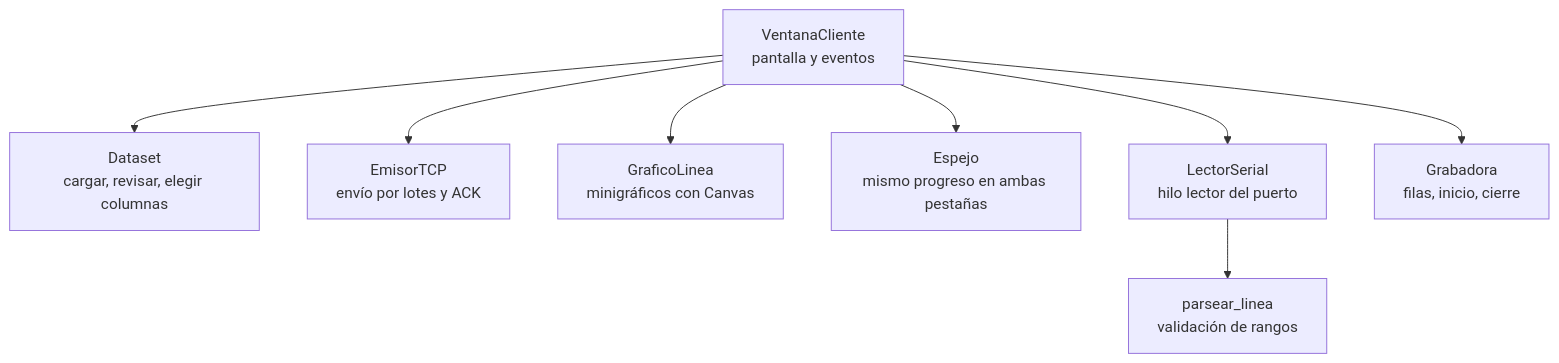
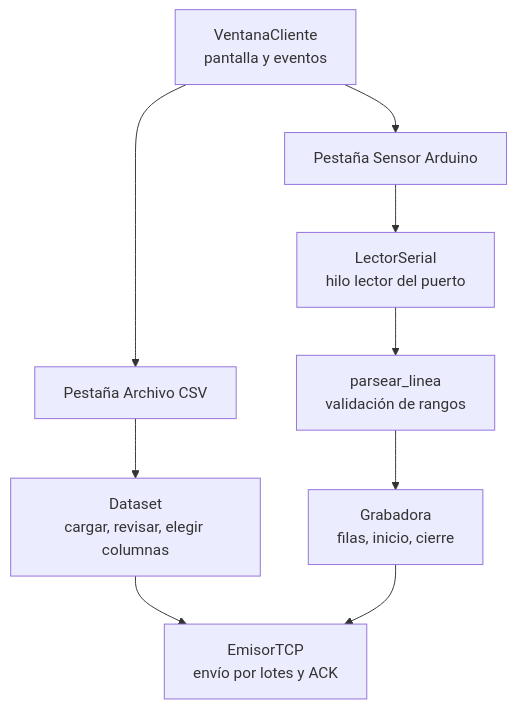
The fourth of 5 diagrams in MAESTRO.md (cescalantea/bigdata_evaluacion2), drawn with Mermaid before and after one commit. The commit also changed other lines of this file and 5 other files, not shown here.

First line of the commit message:
Actualiza la documentación de instalación y hace verticales los diagramas del MAESTRO

````diff
--- a/MAESTRO.md
+++ b/MAESTRO.md
@@ -170,10 +179,11 @@
 ```mermaid
 flowchart TD
-    V["VentanaCliente<br/>pantalla y eventos"] --> D["Dataset<br/>cargar, revisar, elegir columnas"]
-    V --> E["EmisorTCP<br/>envío por lotes y ACK"]
-    V --> G["GraficoLinea<br/>minigráficos con Canvas"]
-    V --> X["Espejo<br/>mismo progreso en ambas pestañas"]
-    V --> L["LectorSerial<br/>hilo lector del puerto"]
-    V --> R["Grabadora<br/>filas, inicio, cierre"]
+    V["VentanaCliente<br/>pantalla y eventos"] --> A["Pestaña Archivo CSV"]
+    V --> B["Pestaña Sensor Arduino"]
+    A --> D["Dataset<br/>cargar, revisar, elegir columnas"]
+    B --> L["LectorSerial<br/>hilo lector del puerto"]
+    D --> E["EmisorTCP<br/>envío por lotes y ACK"]
     L --> P["parsear_linea<br/>validación de rangos"]
+    P --> R["Grabadora<br/>filas, inicio, cierre"]
+    R --> E
 ```
````
